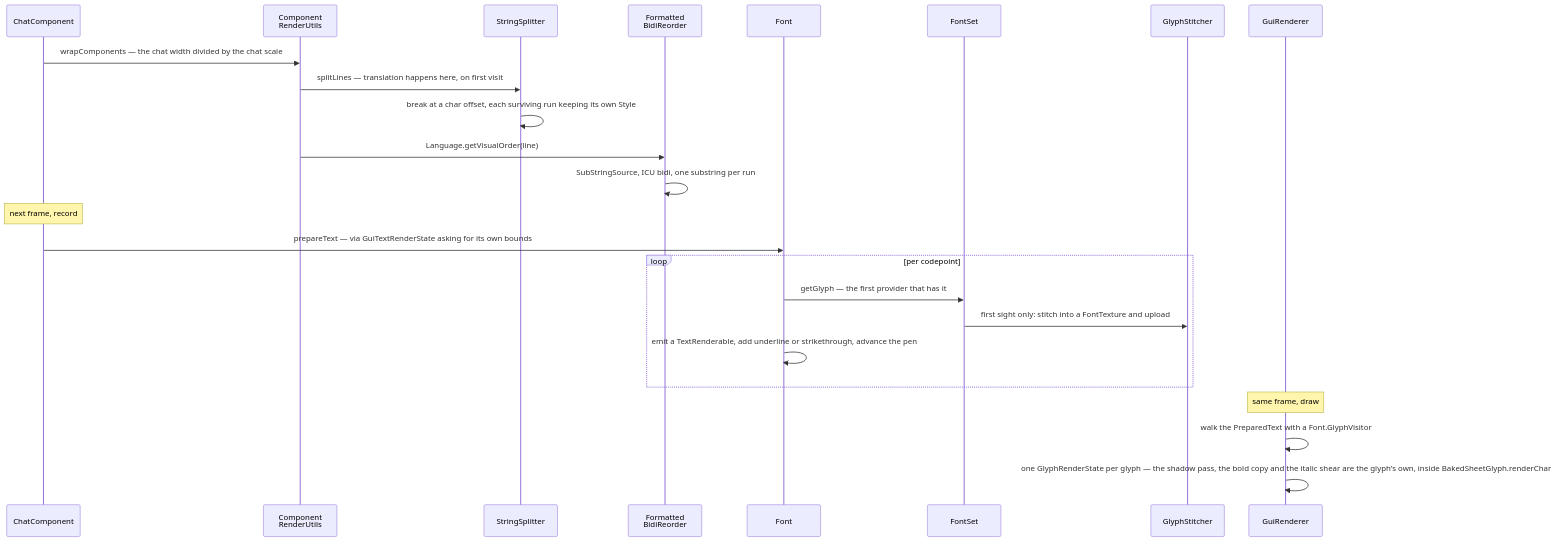
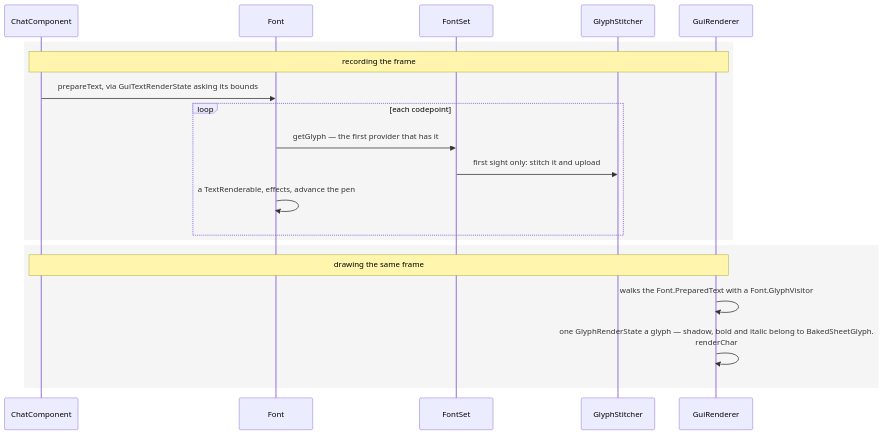
Before and after one commit to AlexanderjFraser/MinecraftDocs: the third of 3 diagrams in src/systems/client/text-and-fonts.md, drawn with Mermaid. The commit also changed other lines of this file and 18 other files, not shown here.

````diff
--- a/src/systems/client/text-and-fonts.md
+++ b/src/systems/client/text-and-fonts.md
@@ -170,27 +203,23 @@
 ```mermaid
 sequenceDiagram
     participant ChatC as ChatComponent
-    participant CRU as Component<br/>RenderUtils
-    participant SSpl as StringSplitter
-    participant FBR as Formatted<br/>BidiReorder
     participant Font as Font
     participant FSet as FontSet
     participant GStit as GlyphStitcher
     participant GuiR as GuiRenderer
 
-    ChatC->>CRU: wrapComponents — the chat width divided by the chat scale
-    CRU->>SSpl: splitLines — translation happens here, on first visit
-    SSpl->>SSpl: break at a char offset, each surviving run keeping its own Style
-    CRU->>FBR: Language.getVisualOrder(line)
-    FBR->>FBR: SubStringSource, ICU bidi, one substring per run
-    Note over ChatC: next frame, record
-    ChatC->>Font: prepareText — via GuiTextRenderState asking for its own bounds
-    loop per codepoint
+    rect rgba(0, 0, 0, 0.04)
+    Note over ChatC,GuiR: recording the frame
+    ChatC->>Font: prepareText, via GuiTextRenderState asking its bounds
+    loop each codepoint
         Font->>FSet: getGlyph — the first provider that has it
-        FSet->>GStit: first sight only: stitch into a FontTexture and upload
-        Font->>Font: emit a TextRenderable, add underline or strikethrough, advance the pen
+        FSet->>GStit: first sight only: stitch it and upload
+        Font->>Font: a TextRenderable, effects, advance the pen
     end
-    Note over GuiR: same frame, draw
-    GuiR->>GuiR: walk the PreparedText with a Font.GlyphVisitor
-    GuiR->>GuiR: one GlyphRenderState per glyph — the shadow pass, the bold copy and the italic shear are the glyph's own, inside BakedSheetGlyph.renderChar
+    end
+    rect rgba(0, 0, 0, 0.04)
+    Note over ChatC,GuiR: drawing the same frame
+    GuiR->>GuiR: walks the Font.PreparedText with a Font.GlyphVisitor
+    GuiR->>GuiR: one GlyphRenderState a glyph — shadow, bold and italic belong to BakedSheetGlyph.<br/>renderChar
+    end
 ```
````
